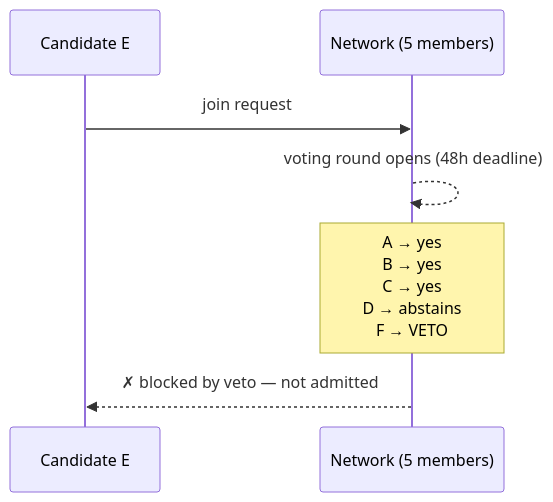
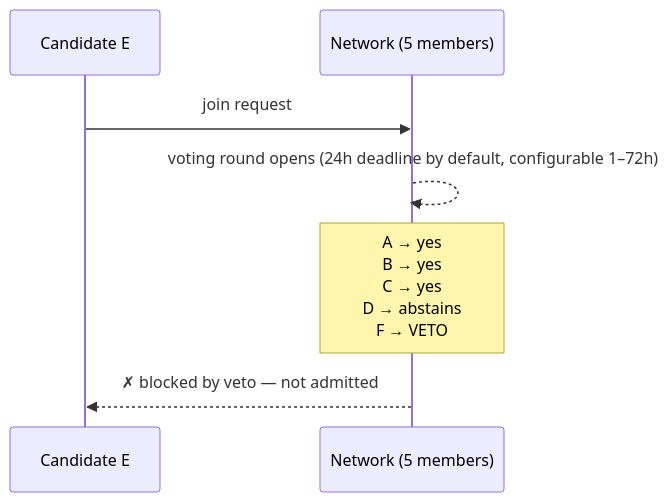
Before and after one commit to MetalMMagic/Ythril: the fifth of 17 diagrams in docs/network-types.md, drawn with Mermaid. The commit also changed other lines of this file and 2 other files, not shown here.

````diff
--- a/docs/network-types.md
+++ b/docs/network-types.md
@@ -114,10 +114,10 @@
 ```mermaid
 sequenceDiagram
     participant E as Candidate E
     participant Net as Network (5 members)
 
     E->>Net: join request
-    Net-->>Net: voting round opens (48h deadline)
+    Net-->>Net: voting round opens (24h deadline by default, configurable 1–72h)
     Note over Net: A → yes<br/>B → yes<br/>C → yes<br/>D → abstains<br/>F → VETO
     Net-->>E: ✗ blocked by veto — not admitted
 ```
````
